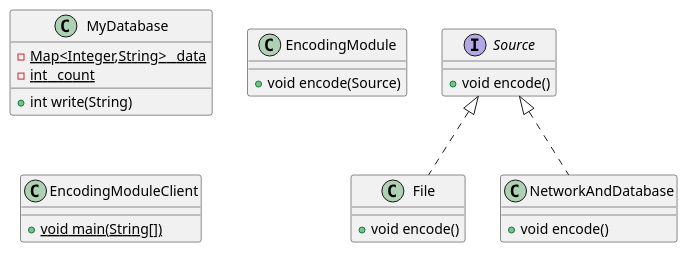
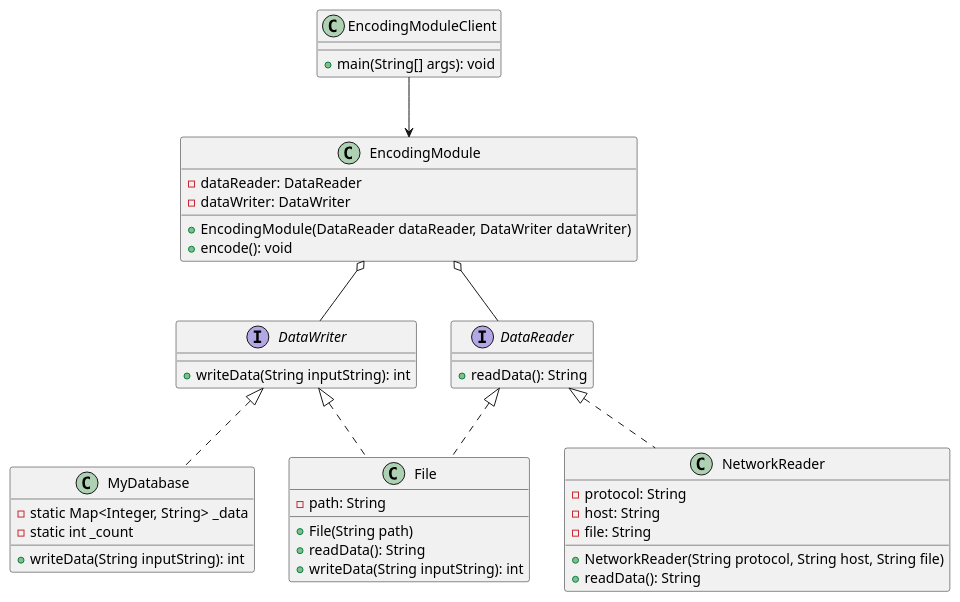
The diagram in DIPRef.puml (mouralisandra/S.O.L.I.D), drawn with PlantUML before and after one commit.

Commit message:
DIP Refactored

```diff
--- a/DIPRef.puml
+++ b/DIPRef.puml
@@ -1,26 +1,54 @@
 @startuml
-class File {
-+ void encode()
-}
-class MyDatabase {
-- {static} Map<Integer,String> _data
-- {static} int _count
-+ int write(String)
-}
-class EncodingModule {
-+ void encode(Source)
-}
-class EncodingModuleClient {
-+ {static} void main(String[])
-}
-class NetworkAndDatabase {
-+ void encode()
-}
-interface Source {
-+ void encode()
+
+interface DataWriter {
+    + writeData(String inputString): int
 }
 
+interface DataReader {
+    + readData(): String
+}
 
-Source <|.. File
-Source <|.. NetworkAndDatabase
+class MyDatabase {
+    - static Map<Integer, String> _data
+    - static int _count
+    + writeData(String inputString): int
+}
+
+class File {
+    - path: String
+    + File(String path)
+    + readData(): String
+    + writeData(String inputString): int
+}
+
+class NetworkReader {
+    - protocol: String
+    - host: String
+    - file: String
+    + NetworkReader(String protocol, String host, String file)
+    + readData(): String
+}
+
+class EncodingModule {
+    - dataReader: DataReader
+    - dataWriter: DataWriter
+    + EncodingModule(DataReader dataReader, DataWriter dataWriter)
+    + encode(): void
+}
+
+class EncodingModuleClient {
+    + main(String[] args): void
+}
+
+DataReader <|.. File
+DataReader <|.. NetworkReader
+
+DataWriter <|.. MyDatabase
+DataWriter <|.. File
+
+EncodingModule o-- DataReader
+EncodingModule o-- DataWriter
+
+EncodingModuleClient --> EncodingModule
+
 @enduml
```
